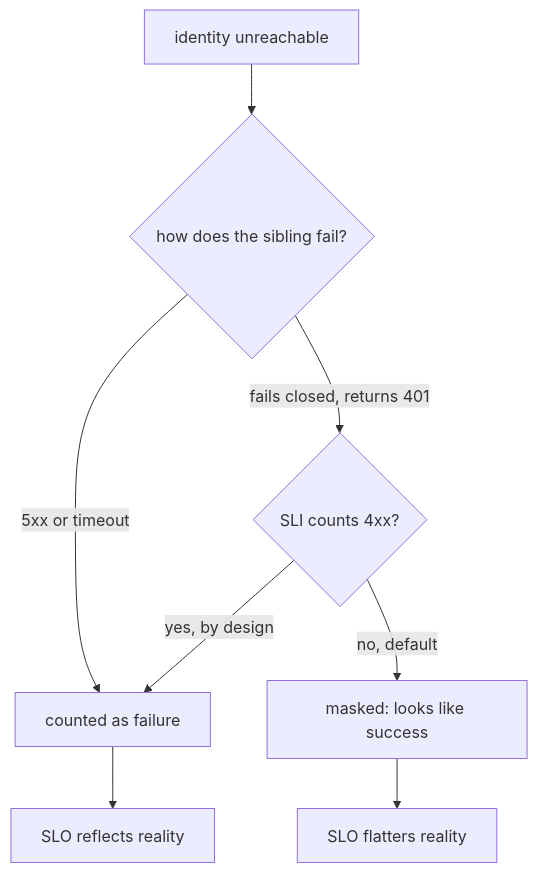
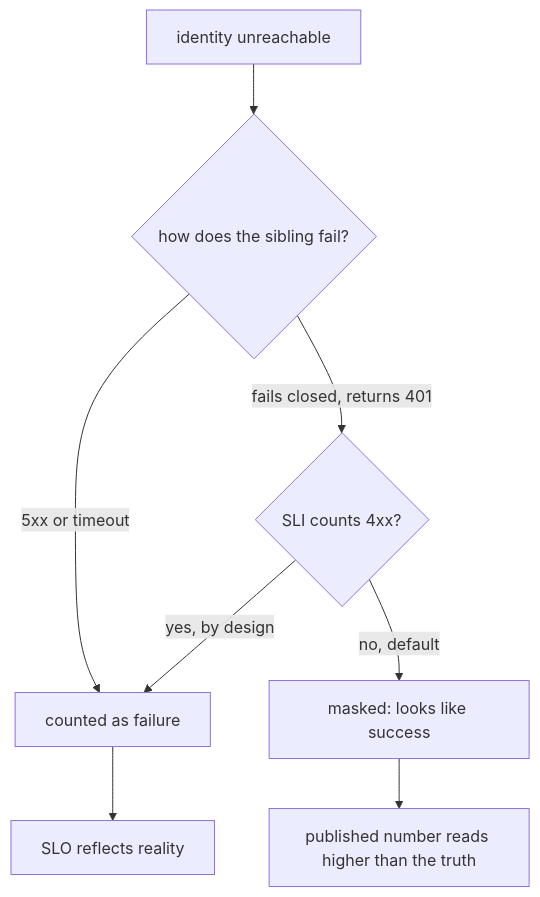
Before and after one commit to y4shb/y4shb.github.io: the diagram in articles/17-error-budget-math-correlated-dependencies.md, drawn with Mermaid. The commit also changed other lines of this file and 14 other files, not shown here.

````diff
--- a/articles/17-error-budget-math-correlated-dependencies.md
+++ b/articles/17-error-budget-math-correlated-dependencies.md
@@ -87,10 +91,10 @@
 ```mermaid
 flowchart TD
     A[identity unreachable] --> B{how does the sibling fail?}
     B -->|5xx or timeout| C[counted as failure]
     B -->|fails closed, returns 401| D{SLI counts 4xx?}
     D -->|no, default| E[masked: looks like success]
     D -->|yes, by design| C
     C --> F[SLO reflects reality]
-    E --> G[SLO flatters reality]
+    E --> G[published number reads higher than the truth]
 ```
````
